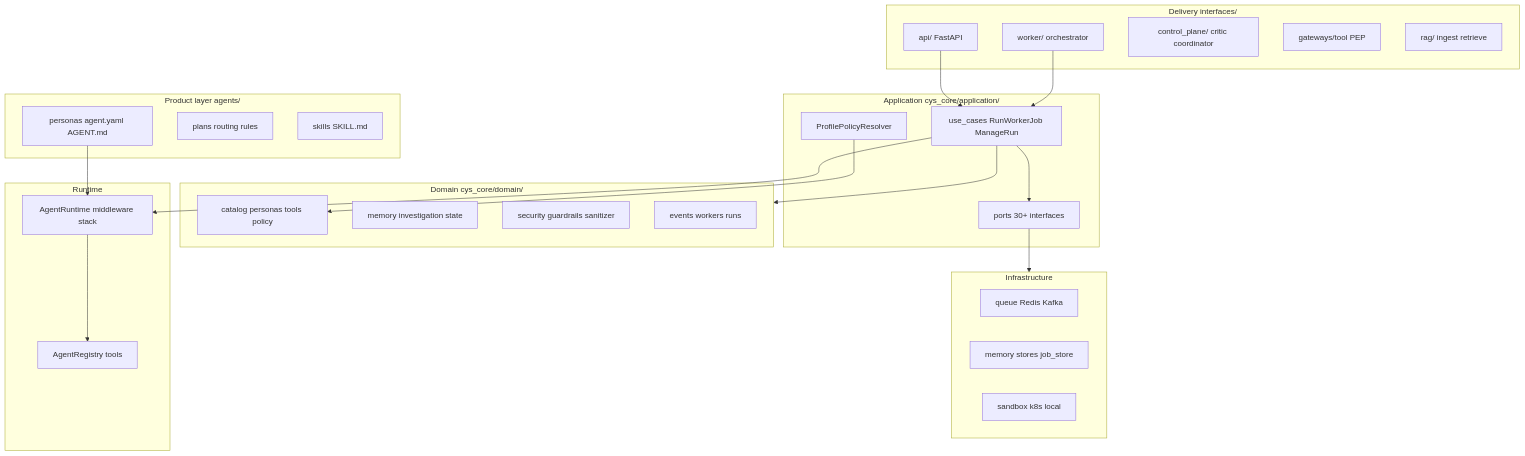
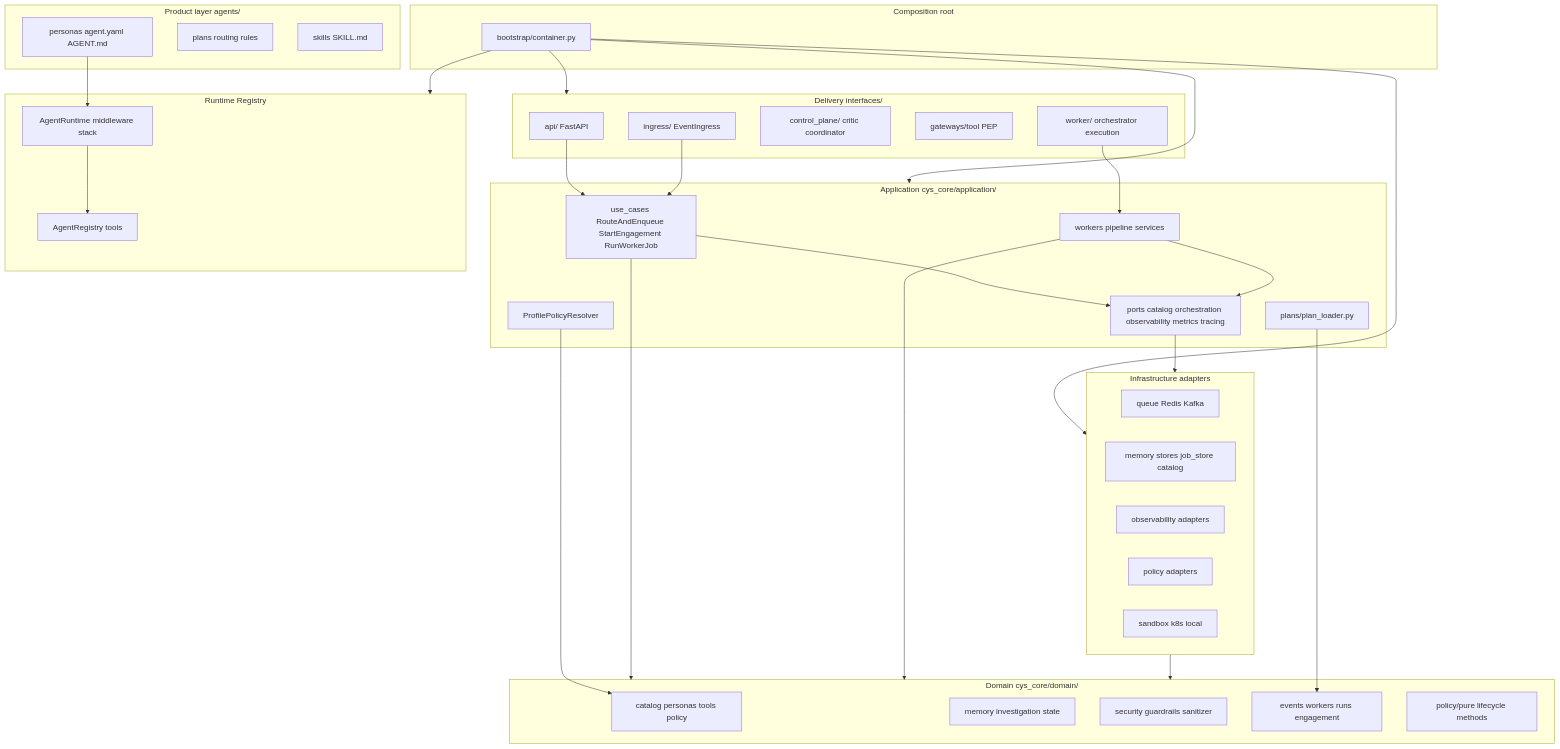
Before and after one commit to butbeautifulv/cxado: the diagram in docs/architecture-site/diagrams/ddd-layers.mmd, drawn with Mermaid. The commit also changed 165 other files, not shown here.

First line of the commit message:
Add minimal cxado profile, agent skills, and observability deploy updates.

```diff
--- a/docs/architecture-site/diagrams/ddd-layers.mmd
+++ b/docs/architecture-site/diagrams/ddd-layers.mmd
@@ -1,48 +1,65 @@
 flowchart TB
   subgraph product [Product layer agents/]
     Personas[personas agent.yaml AGENT.md]
     Plans[plans routing rules]
     Skills[skills SKILL.md]
   end
 
   subgraph delivery [Delivery interfaces/]
     API[api/ FastAPI]
-    Worker[worker/ orchestrator]
+    Worker[worker/ orchestrator execution]
     Control[control_plane/ critic coordinator]
     Gateway[gateways/tool PEP]
-    RAG[rag/ ingest retrieve]
+    Ingress[ingress/ EventIngress]
+  end
+
+  subgraph bootstrap [Composition root]
+    Container[bootstrap/container.py]
   end
 
   subgraph application [Application cys_core/application/]
-    UseCases[use_cases RunWorkerJob ManageRun]
+    UseCases[use_cases RouteAndEnqueue StartEngagement RunWorkerJob]
+    Pipeline[workers pipeline services]
     Policy[ProfilePolicyResolver]
-    Ports[ports 30+ interfaces]
+    Ports[ports catalog orchestration observability metrics tracing]
+    PlanLoader[plans/plan_loader.py]
   end
 
   subgraph domain [Domain cys_core/domain/]
     Catalog[catalog personas tools policy]
     Memory[memory investigation state]
     Security[security guardrails sanitizer]
-    Events[events workers runs]
+    Events[events workers runs engagement]
+    Pure[policy/pure lifecycle methods]
   end
 
-  subgraph infra [Infrastructure]
+  subgraph infra [Infrastructure adapters]
     Queue[queue Redis Kafka]
-    Stores[memory stores job_store]
+    Stores[memory stores job_store catalog]
+    ObsAdapters[observability adapters]
+    PolicyAdapters[policy adapters]
     SandboxInfra[sandbox k8s local]
   end
 
-  subgraph runtime [Runtime]
+  subgraph runtime [Runtime Registry]
     AgentRT[AgentRuntime middleware stack]
     Registry[AgentRegistry tools]
   end
 
   Personas --> AgentRT
+  Container --> delivery
+  Container --> application
+  Container --> infra
+  Container --> runtime
   API --> UseCases
-  Worker --> UseCases
-  UseCases --> AgentRT
+  Ingress --> UseCases
+  Worker --> Pipeline
   UseCases --> Ports
   Ports --> infra
+  Pipeline --> Ports
+  UseCases --> domain
+  Pipeline --> domain
+  infra --> domain
   AgentRT --> Registry
   Policy --> Catalog
-  UseCases --> domain
+  PlanLoader --> Events
```
